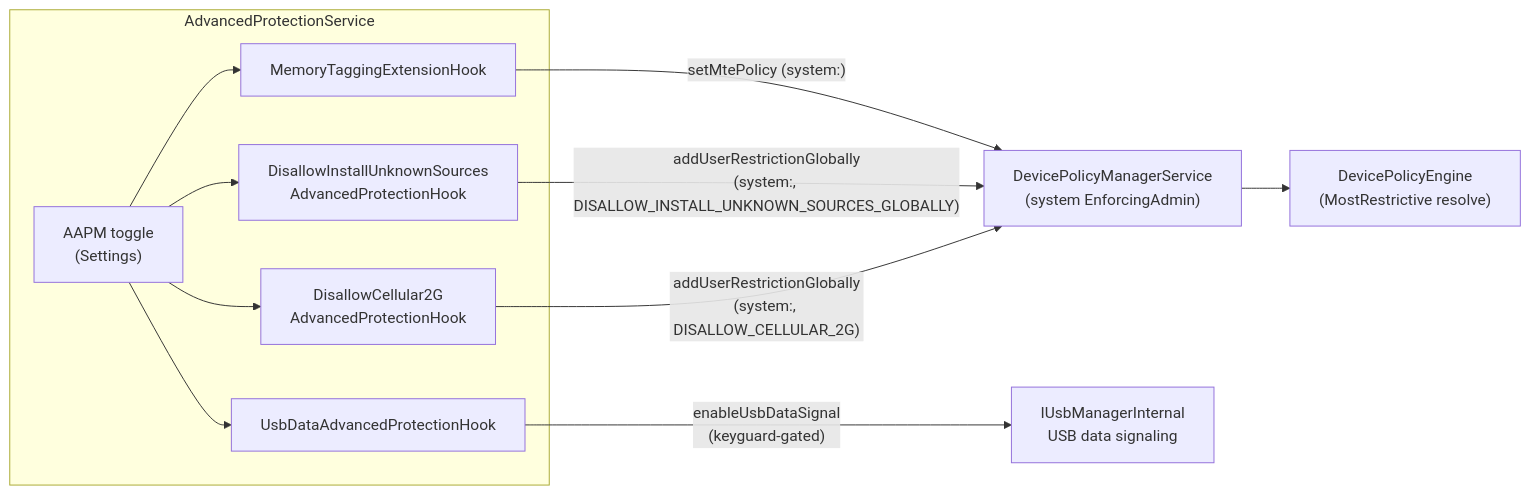
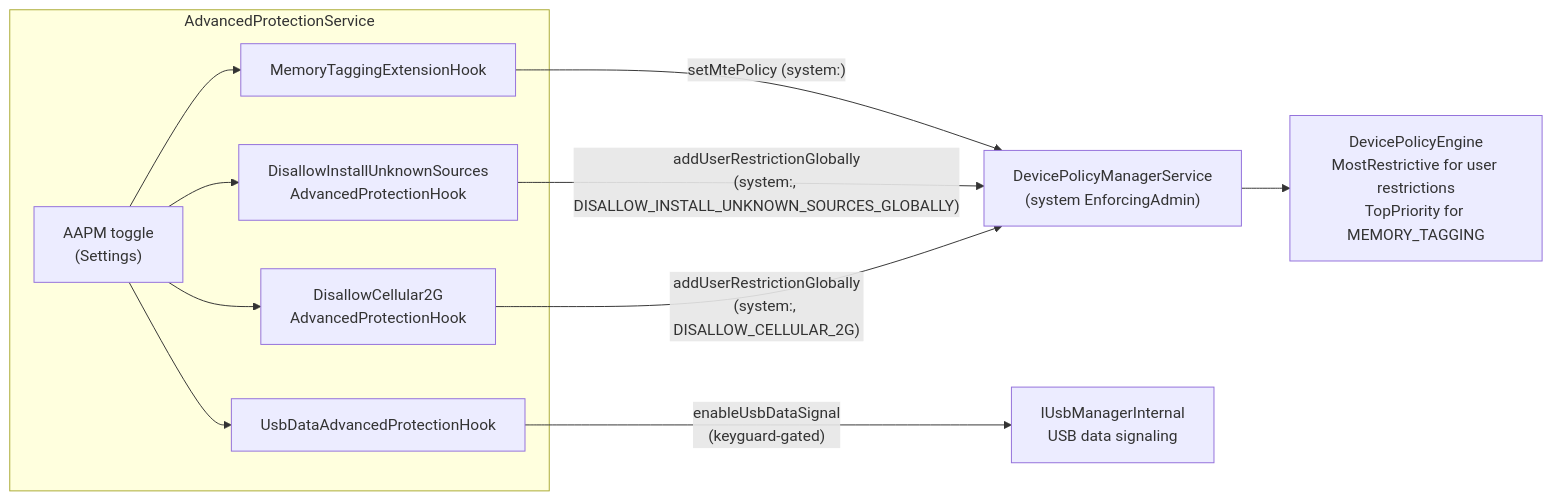
Before and after one commit to aospbooks/aosp-internal-book: diagram 30 of 30 in agents/claude/skills/aosp-device-support/61-device-policy.md, drawn with Mermaid. The commit also changed other lines of this file and 218 other files, not shown here.

````diff
--- a/agents/claude/skills/aosp-device-support/61-device-policy.md
+++ b/agents/claude/skills/aosp-device-support/61-device-policy.md
@@ -3203,22 +3240,22 @@
 ```mermaid
 graph LR
     subgraph "AdvancedProtectionService"
         TOGGLE["AAPM toggle<br/>(Settings)"]
         MTE_HOOK["MemoryTaggingExtensionHook"]
         UIS_HOOK["DisallowInstallUnknownSources<br/>AdvancedProtectionHook"]
         G2_HOOK["DisallowCellular2G<br/>AdvancedProtectionHook"]
         USB_HOOK["UsbDataAdvancedProtectionHook"]
     end
 
     TOGGLE --> MTE_HOOK
     TOGGLE --> UIS_HOOK
     TOGGLE --> G2_HOOK
     TOGGLE --> USB_HOOK
 
     MTE_HOOK -- "setMtePolicy (system:)" --> DPMS["DevicePolicyManagerService<br/>(system EnforcingAdmin)"]
     UIS_HOOK -- "addUserRestrictionGlobally<br/>(system:, DISALLOW_INSTALL_UNKNOWN_SOURCES_GLOBALLY)" --> DPMS
     G2_HOOK -- "addUserRestrictionGlobally<br/>(system:, DISALLOW_CELLULAR_2G)" --> DPMS
     USB_HOOK -- "enableUsbDataSignal<br/>(keyguard-gated)" --> USB["IUsbManagerInternal<br/>USB data signaling"]
 
-    DPMS --> ENGINE["DevicePolicyEngine<br/>(MostRestrictive resolve)"]
+    DPMS --> ENGINE["DevicePolicyEngine<br/>MostRestrictive for user restrictions<br/>TopPriority for MEMORY_TAGGING"]
 ```
````
